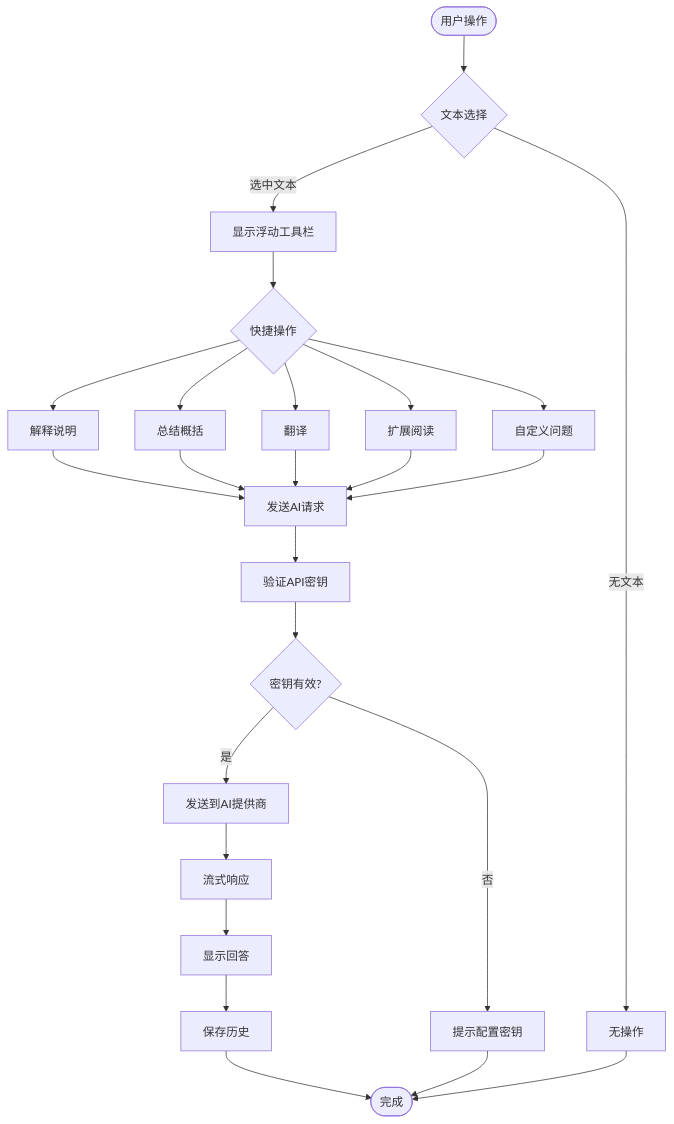
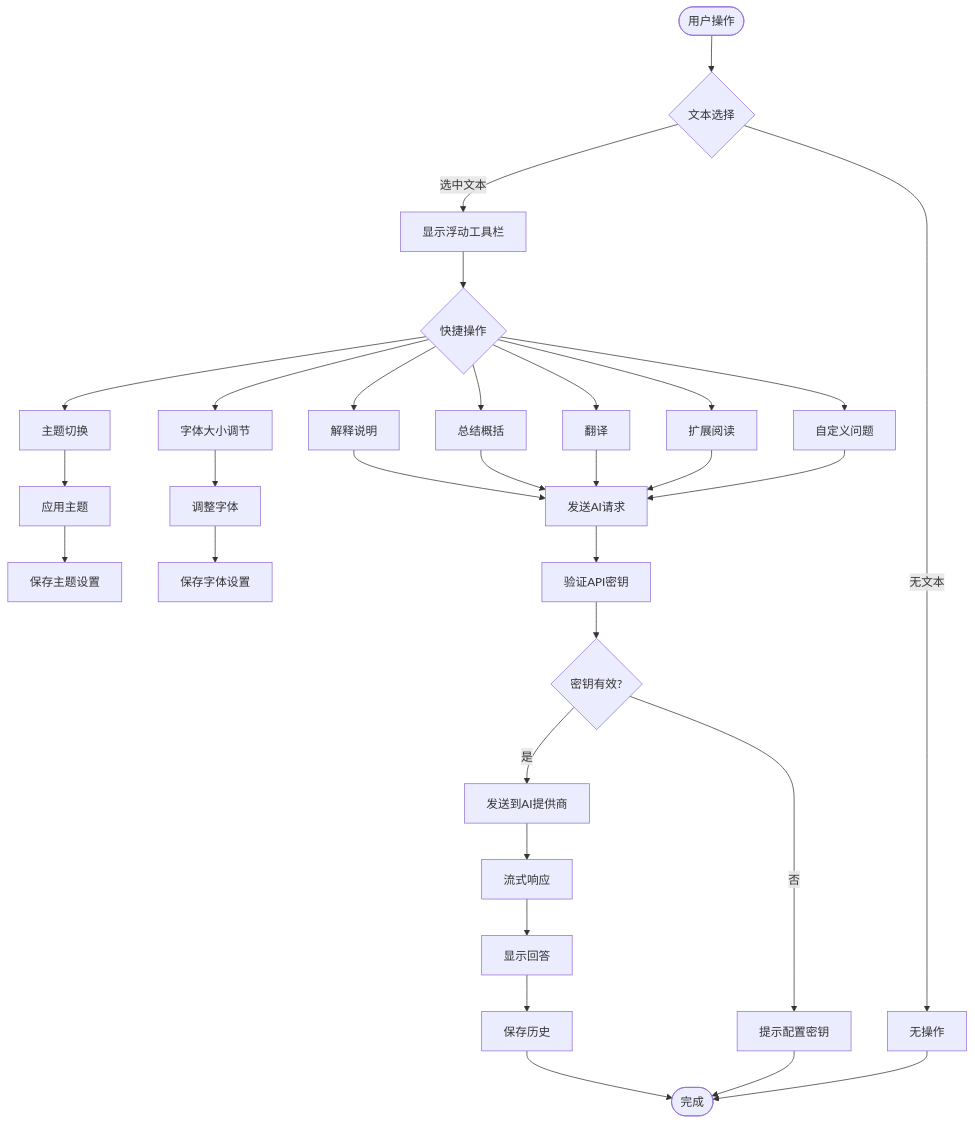
Before and after one commit to 1431529361/aread: the third of 10 diagrams in .qoder/repowiki/zh/content/用户指南/AI 功能.md, drawn with Mermaid. The commit also changed other lines of this file and 32 other files, not shown here.

````diff
--- a/.qoder/repowiki/zh/content/用户指南/AI 功能.md
+++ b/.qoder/repowiki/zh/content/用户指南/AI 功能.md
@@ -131,27 +166,33 @@
 ```mermaid
 flowchart TD
 Start([用户操作]) --> Selection{文本选择}
 Selection --> |选中文本| Toolbar[显示浮动工具栏]
 Selection --> |无文本| NoAction[无操作]
 Toolbar --> Action{快捷操作}
 Action --> Explain[解释说明]
 Action --> Summarize[总结概括]
 Action --> Translate[翻译]
 Action --> Expand[扩展阅读]
 Action --> Custom[自定义问题]
+Action --> Theme[主题切换]
+Action --> FontSize[字体大小调节]
 Explain --> Ask[发送AI请求]
 Summarize --> Ask
 Translate --> Ask
 Expand --> Ask
 Custom --> Ask
+Theme --> ApplyTheme[应用主题]
+FontSize --> ApplyFont[调整字体]
+ApplyTheme --> SaveTheme[保存主题设置]
+ApplyFont --> SaveFont[保存字体设置]
 Ask --> Validate[验证API密钥]
 Validate --> Valid{密钥有效?}
 Valid --> |否| KeyPrompt[提示配置密钥]
 Valid --> |是| SendAI[发送到AI提供商]
 SendAI --> Stream[流式响应]
 Stream --> Display[显示回答]
 Display --> Save[保存历史]
 Save --> End([完成])
 KeyPrompt --> End
 NoAction --> End
 ```
````
